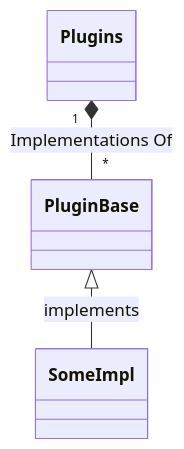
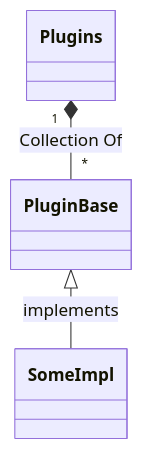
The diagram in scratch/plugins_concept.md (nicc777/verba-cratis), drawn with Mermaid before and after one commit.

Commit message:
doc: add ideas for plugins

````diff
--- a/scratch/plugins_concept.md
+++ b/scratch/plugins_concept.md
@@ -28,5 +28,5 @@
 ```mermaid
 classDiagram
-Plugins "1" *-- "*" PluginBase : Implementations Of
+Plugins "1" *-- "*" PluginBase : Collection Of
 PluginBase <|-- SomeImpl : implements
 ```
````
